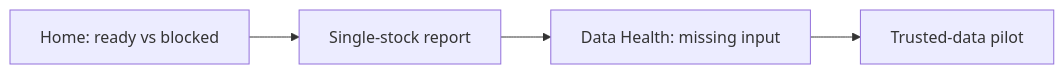
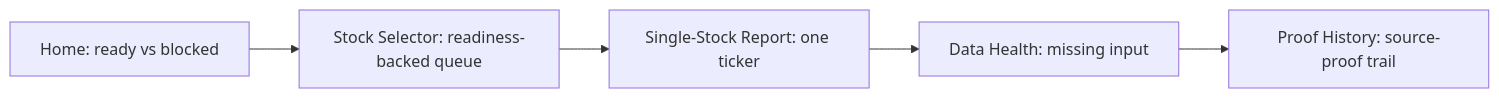
The diagram in README.md (YuzeJ21/Stock-Analysis), drawn with Mermaid before and after one commit. The commit also changed other lines of this file and 15 other files, not shown here.

````diff
--- a/README.md
+++ b/README.md
@@ -12,6 +12,7 @@
 ```mermaid
 flowchart LR
-    Home["Home: ready vs blocked"] --> Report["Single-stock report"]
+    Home["Home: ready vs blocked"] --> Selector["Stock Selector: readiness-backed queue"]
+    Selector --> Report["Single-Stock Report: one ticker"]
     Report --> Health["Data Health: missing input"]
-    Health --> Pilot["Trusted-data pilot"]
+    Health --> Proof["Proof History: source-proof trail"]
 ```
````
